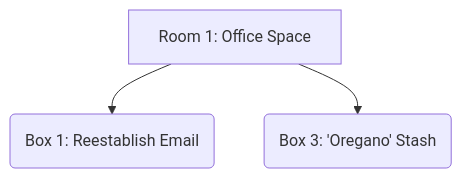
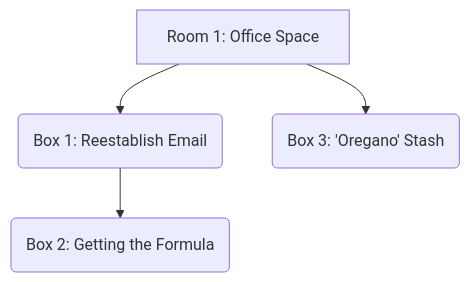
One commit to open-sesame-escape/open-sesame-escape.github.io changed the diagram in content/rooms/virus/index.md. Above: the diagram before and after it, drawn with Mermaid. The commit also changed other lines of this file and 2 other files, not shown here.

Commit message:
Virus getting formula

```diff
--- a/content/rooms/virus/index.md
+++ b/content/rooms/virus/index.md
@@ -85,4 +122,5 @@
 {{< mermaid align="center" >}}
 graph TB;
   R1[Room 1: Office Space] --> B1(Box 1: Reestablish Email) & B3(Box 3: 'Oregano' Stash)
+  B1(Box 1: Reestablish Email) --> B2(Box 2: Getting the Formula)
 {{< /mermaid >}}
```
